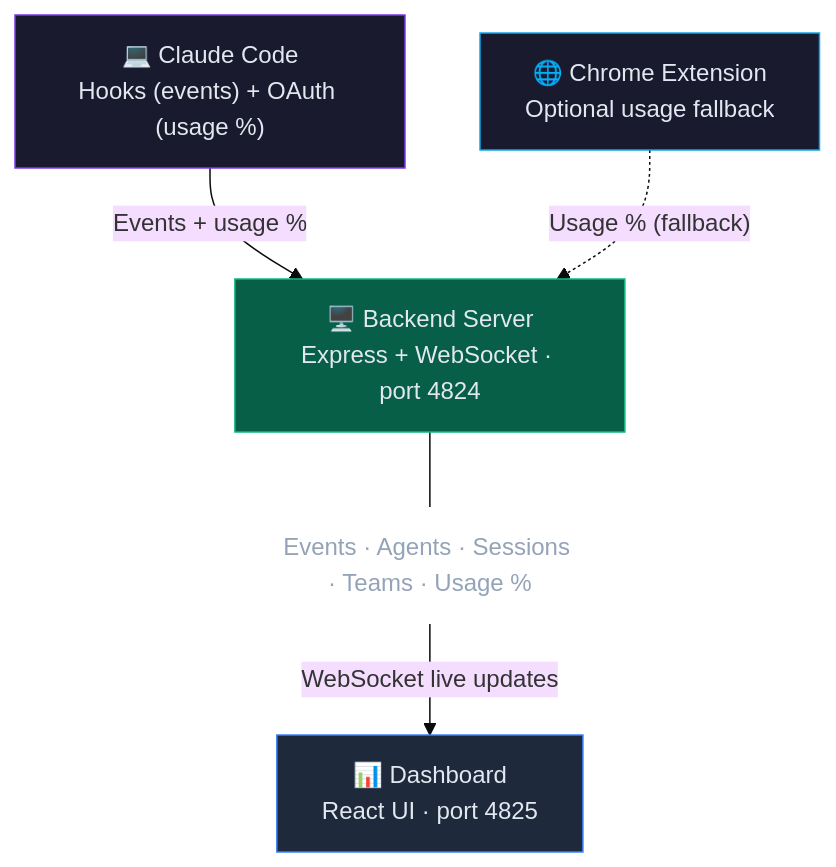
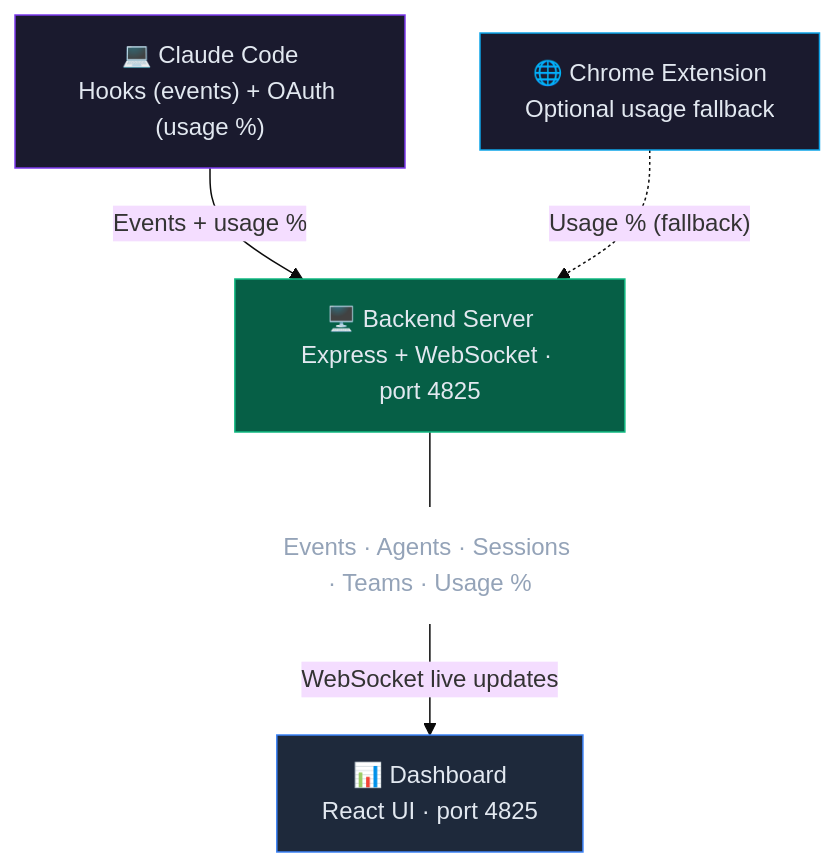
Before and after one commit to suparerk9x/Oh-My-Claude: the diagram in README.md, drawn with Mermaid (base theme). The commit also changed other lines of this file and 17 other files, not shown here.

````diff
--- a/README.md
+++ b/README.md
@@ -291,22 +292,22 @@
 ```mermaid
 flowchart TD
     CC["💻 Claude Code\nHooks (events) + OAuth (usage %)"]
     CE["🌐 Chrome Extension\nOptional usage fallback"]
 
     CC -->|"Events + usage %"| BS
     CE -.->|"Usage % (fallback)"| BS
 
-    BS["🖥️ Backend Server\nExpress + WebSocket · port 4824"]
+    BS["🖥️ Backend Server\nExpress + WebSocket · port 4825"]
 
     BS --- Data["Events · Agents · Sessions · Teams · Usage %"]
 
     Data -->|"WebSocket live updates"| DB
 
     DB["📊 Dashboard\nReact UI · port 4825"]
 
     style CC fill:#1a1a2e,stroke:#7c3aed,color:#e2e8f0
     style CE fill:#1a1a2e,stroke:#0ea5e9,color:#e2e8f0
     style BS fill:#065f46,stroke:#10b981,color:#e2e8f0
     style Data fill:none,stroke:none,color:#94a3b8
     style DB fill:#1e293b,stroke:#3b82f6,color:#e2e8f0
 ```
````
